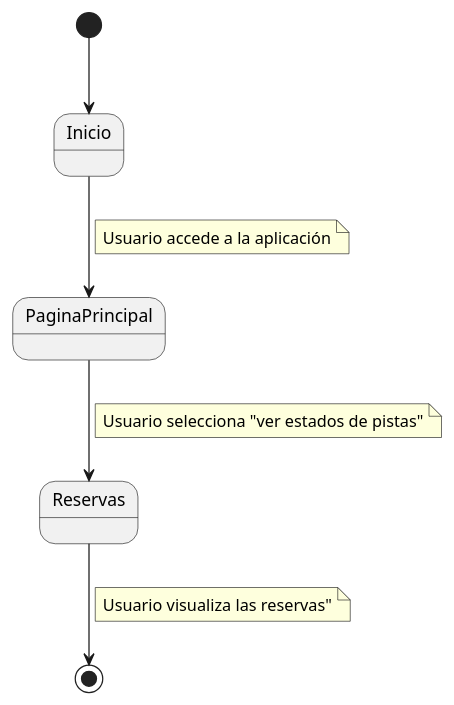
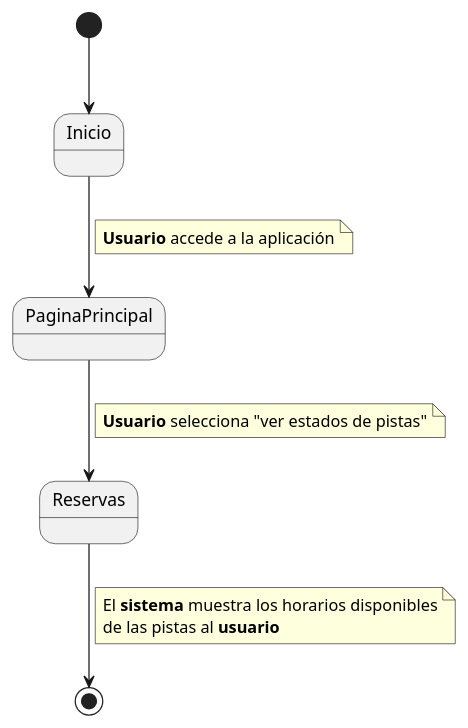
The diagram in CasosDeUso/CduDetallados/CduPistas/LeerHorariosPista.puml (pablarce/23-24-IdSw1-SDR), drawn with PlantUML before and after one commit. The commit also changed 1 other file, not shown here.

Commit message:
Cambios a CDU LeerHorariosPista

```diff
--- a/CasosDeUso/CduDetallados/CduPistas/LeerHorariosPista.puml
+++ b/CasosDeUso/CduDetallados/CduPistas/LeerHorariosPista.puml
@@ -1,15 +1,16 @@
 @startuml
 [*] --> Inicio
 Inicio --> PaginaPrincipal
 note on link
-    Usuario accede a la aplicación
+    **Usuario** accede a la aplicación
 end note
 PaginaPrincipal --> Reservas
 note on link
-Usuario selecciona "ver estados de pistas"
+**Usuario** selecciona "ver estados de pistas"
 end note
 Reservas --> [*]
 note on link
-Usuario visualiza las reservas"
+El **sistema** muestra los horarios disponibles
+de las pistas al **usuario**
 end note
 @enduml
```
